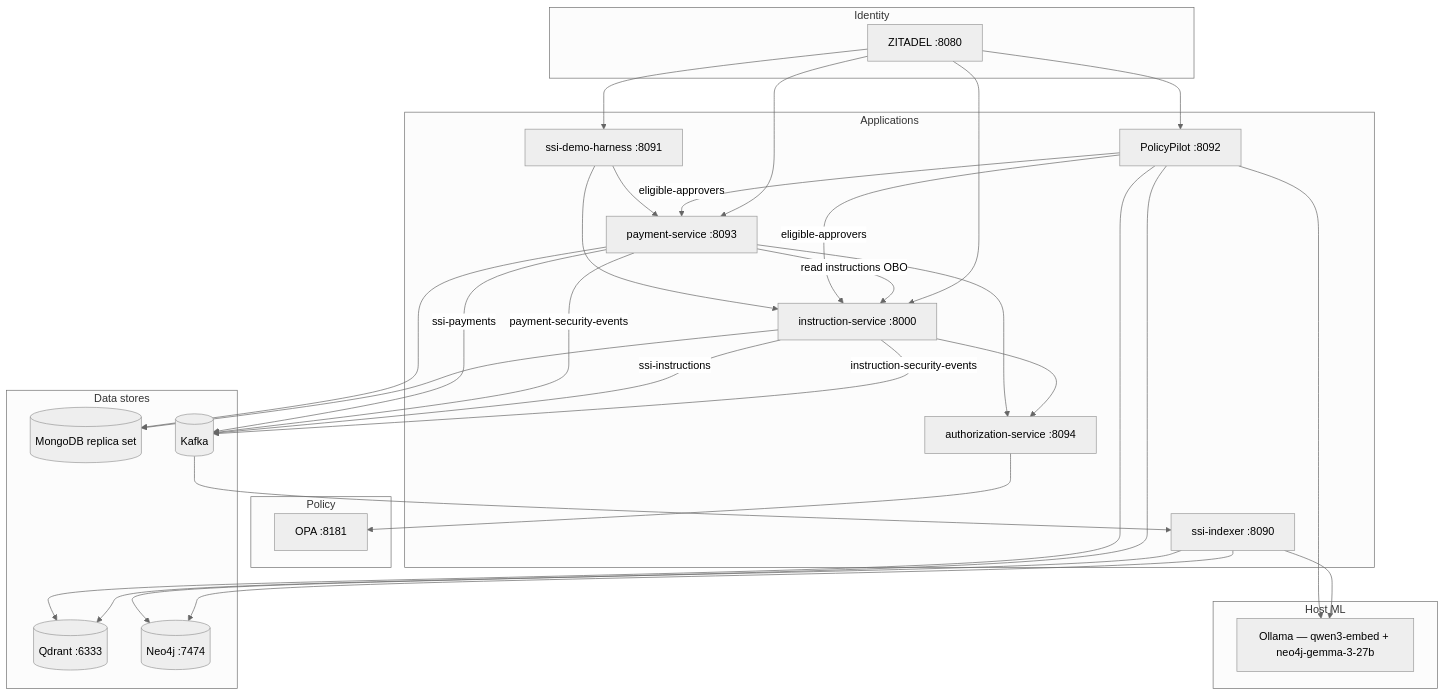
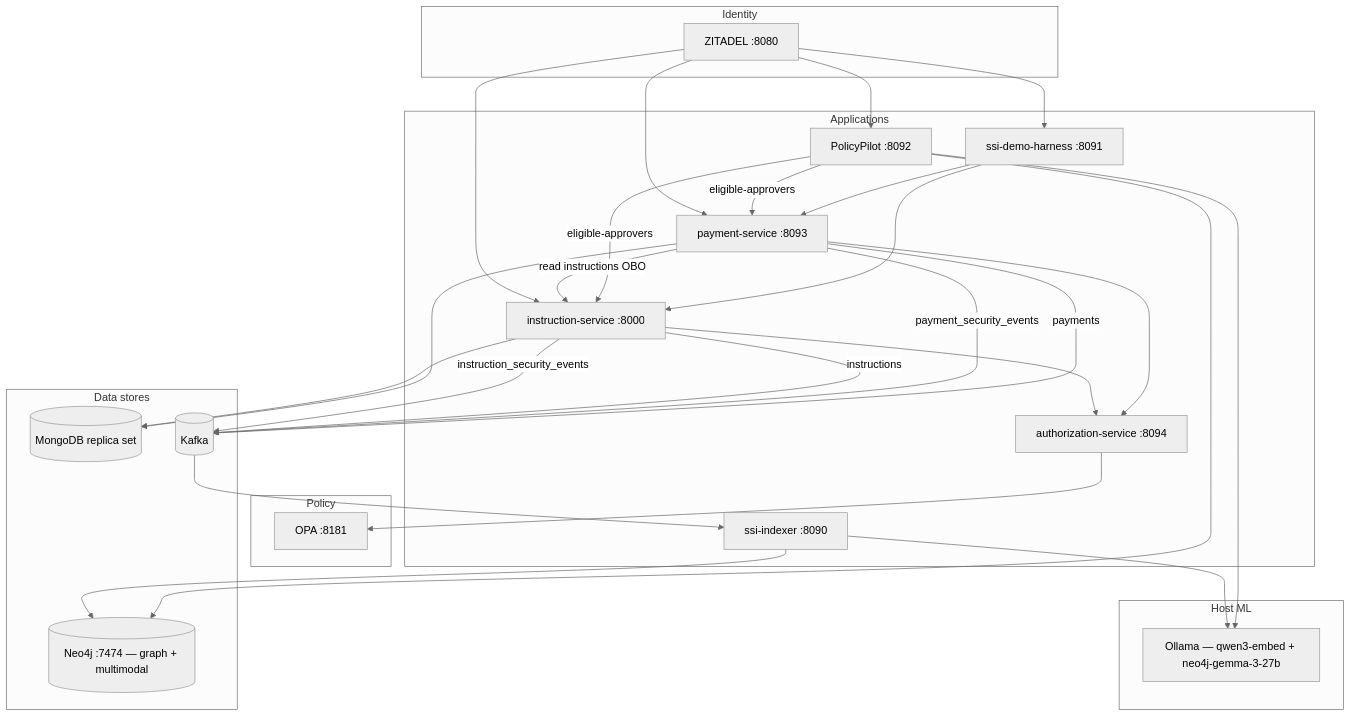
The first of 4 diagrams in README.md (sanjuthomas/policy-pilot), drawn with Mermaid (neutral theme) before and after one commit. The commit also changed other lines of this file and 70 other files, not shown here.

First line of the commit message:
Replace Qdrant with Neo4j multimodal search and wire Mongo CDC indexing.

````diff
--- a/README.md
+++ b/README.md
@@ -61,56 +61,53 @@
 ```mermaid
 flowchart TB
     subgraph auth [Identity]
         ZITADEL[ZITADEL :8080]
     end
 
     subgraph apps [Applications]
         ILM[instruction-service :8000]
         PAY[payment-service :8093]
         AUTHZ[authorization-service :8094]
         HARNESS[ssi-demo-harness :8091]
         ETL[ssi-indexer :8090]
         CHAT[PolicyPilot :8092]
     end
 
     subgraph policy [Policy]
         OPA[OPA :8181]
     end
 
     subgraph stores [Data stores]
         MONGO[(MongoDB replica set)]
         KAFKA[(Kafka)]
-        QD[(Qdrant :6333)]
-        NEO[(Neo4j :7474)]
+        NEO[(Neo4j :7474 — graph + multimodal)]
     end
 
     subgraph ml [Host ML]
         OLLAMA[Ollama — qwen3-embed + neo4j-gemma-3-27b]
     end
 
     ZITADEL --> ILM
     ZITADEL --> PAY
     ZITADEL --> HARNESS
     ZITADEL --> CHAT
     ILM --> AUTHZ
     PAY --> AUTHZ
     AUTHZ --> OPA
     ILM --> MONGO
     PAY --> MONGO
     PAY -->|read instructions OBO| ILM
-    ILM -->|instruction-security-events| KAFKA
-    ILM -->|ssi-instructions| KAFKA
-    PAY -->|payment-security-events| KAFKA
-    PAY -->|ssi-payments| KAFKA
+    ILM -->|instruction_security_events| KAFKA
+    ILM -->|instructions| KAFKA
+    PAY -->|payment_security_events| KAFKA
+    PAY -->|payments| KAFKA
     KAFKA --> ETL
-    ETL --> QD
     ETL --> NEO
     ETL --> OLLAMA
-    CHAT --> QD
     CHAT --> NEO
     CHAT --> OLLAMA
     CHAT -->|eligible-approvers| ILM
     CHAT -->|eligible-approvers| PAY
     HARNESS --> ILM
     HARNESS --> PAY
 ```
````
